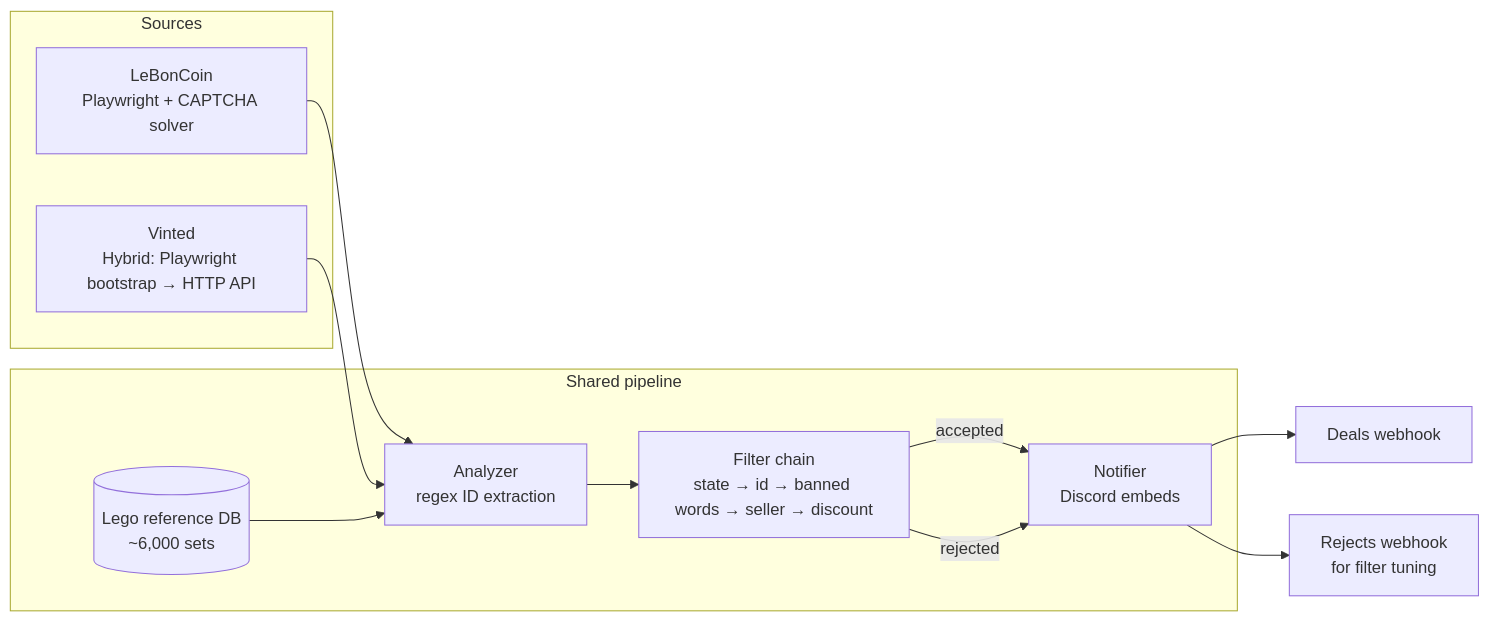
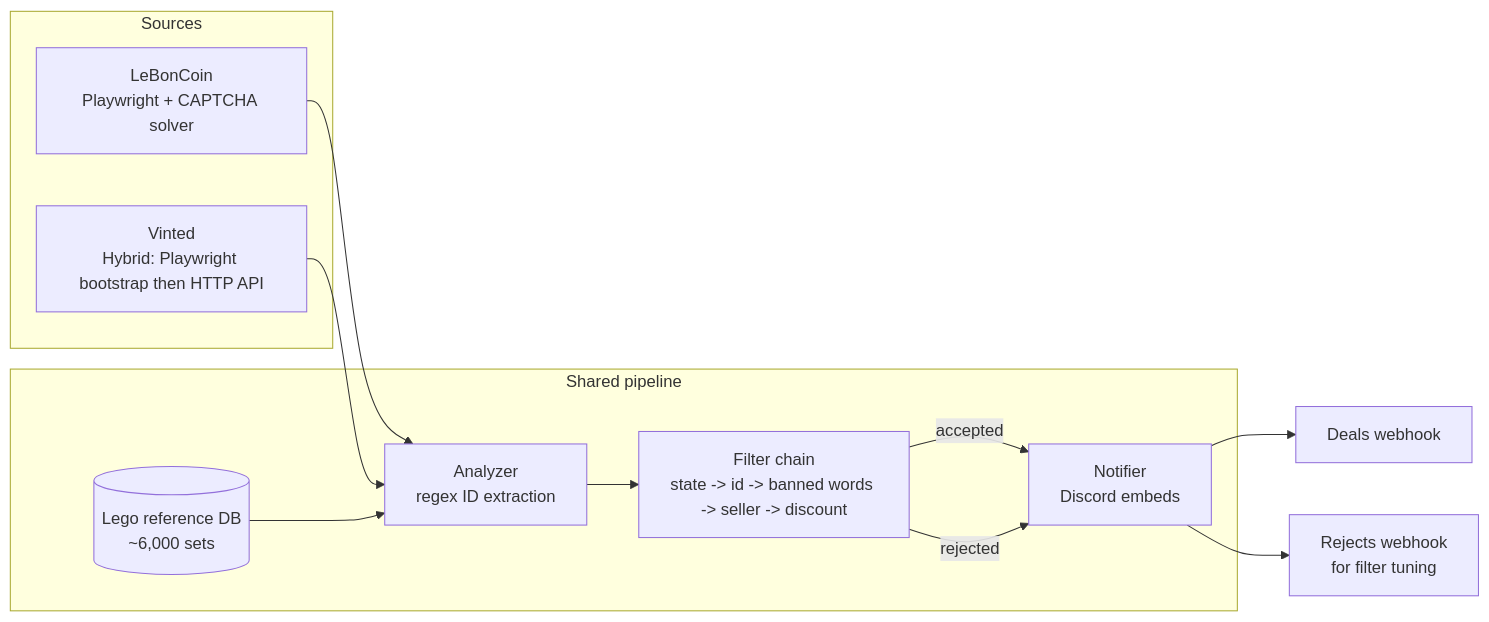
Before and after one commit to LESA3W/Lego_Scraper_Bot: the diagram in README.md, drawn with Mermaid. The commit also changed other lines of this file and 6 other files, not shown here.

````diff
--- a/README.md
+++ b/README.md
@@ -39,23 +68,23 @@
 ```mermaid
 flowchart LR
     subgraph Sources
         L[LeBonCoin<br/>Playwright + CAPTCHA solver]
-        V[Vinted<br/>Hybrid: Playwright bootstrap → HTTP API]
+        V[Vinted<br/>Hybrid: Playwright bootstrap then HTTP API]
     end
 
     subgraph Pipeline[Shared pipeline]
         A[Analyzer<br/>regex ID extraction]
         DB[(Lego reference DB<br/>~6,000 sets)]
-        F[Filter chain<br/>state → id → banned words → seller → discount]
+        F[Filter chain<br/>state -> id -> banned words -> seller -> discount]
         N[Notifier<br/>Discord embeds]
     end
 
     L --> A
     V --> A
     DB --> A
     A --> F
     F -->|accepted| N
     F -->|rejected| N
     N --> D1[Deals webhook]
     N --> D2[Rejects webhook<br/>for filter tuning]
 ```
````
